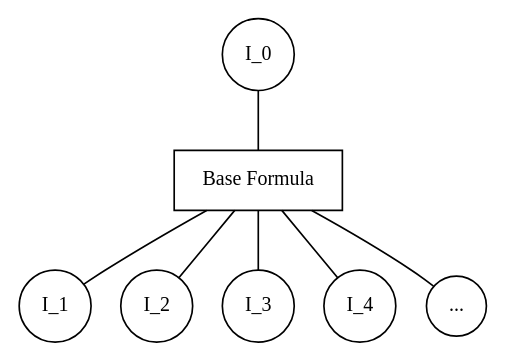
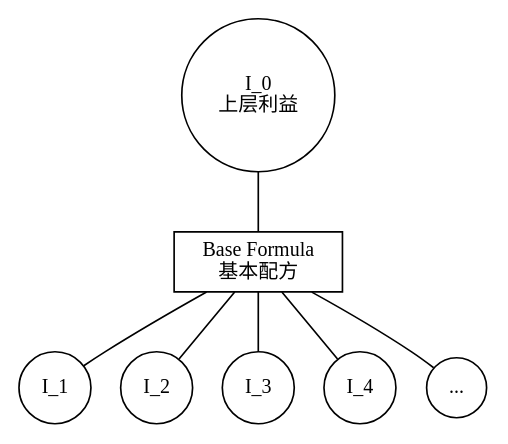
One commit to jcfangc/calculatable-society changed the second of 2 diagrams in 基本概念.md. Above: the diagram before and after it, drawn with Graphviz. The commit also changed other lines of this file and 7 other files, not shown here.

````diff
--- a/基本概念.md
+++ b/基本概念.md
@@ -119,22 +141,22 @@
 ```graphviz
 graph G {
     node [shape=circle, style=unfilled, fontsize=12, color=black]
     rankdir=TB;
     bgcolor=white;
 
-    "I_0" [label="I_0"]
+    "I_0" [label="I_0\n上层利益"]
     "I_1" [label="I_1"]
     "I_2" [label="I_2"]
     "I_3" [label="I_3"]
     "I_4" [label="I_4"]
     "..." [label="..."]
-    F [label="Base Formula", shape=box]
+    F [label="Base Formula\n基本配方", shape=box]
 
     "F" -- "I_1"
     "F" -- "I_2"
     "F" -- "I_3"
     "F" -- "I_4"
     "F" -- "..."
     "I_0" -- "F"
 }
 ```
````
